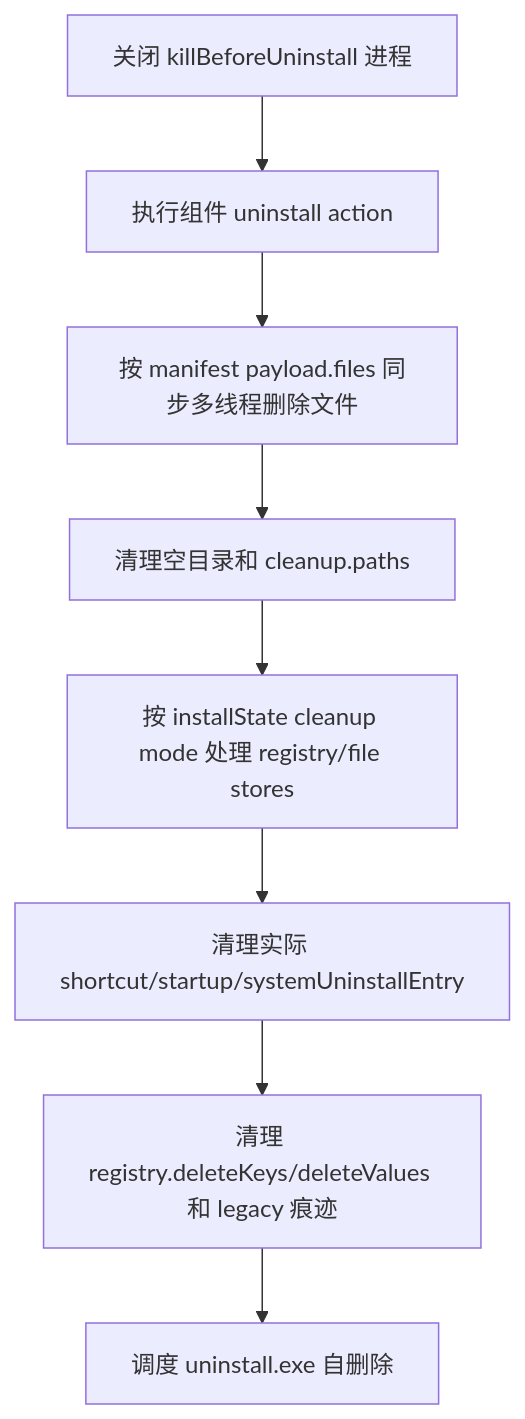
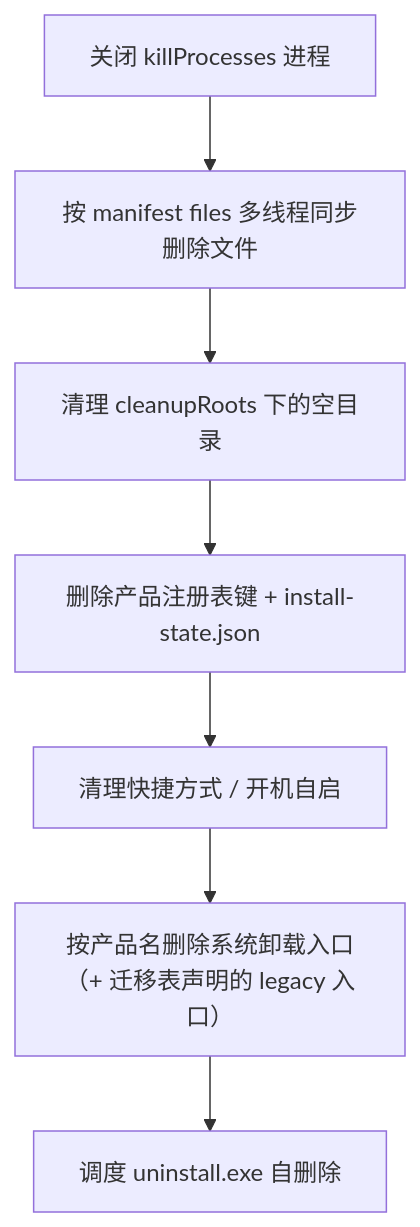
Before and after one commit to lu020218/Multi-Threaded_Installer: the eighth of 8 diagrams in docs/安装器流程图.md, drawn with Mermaid. The commit also changed other lines of this file and 78 other files, not shown here.

````diff
--- a/docs/安装器流程图.md
+++ b/docs/安装器流程图.md
@@ -101,10 +121,9 @@
 ```mermaid
 flowchart TD
-    A["关闭 killBeforeUninstall 进程"] --> B["执行组件 uninstall action"]
-    B --> C["按 manifest payload.files 同步多线程删除文件"]
-    C --> D["清理空目录和 cleanup.paths"]
-    D --> E["按 installState cleanup mode 处理 registry/file stores"]
-    E --> F["清理实际 shortcut/startup/systemUninstallEntry"]
-    F --> G["清理 registry.deleteKeys/deleteValues 和 legacy 痕迹"]
-    G --> H["调度 uninstall.exe 自删除"]
+    A["关闭 killProcesses 进程"] --> B["按 manifest files 多线程同步删除文件"]
+    B --> C["清理 cleanupRoots 下的空目录"]
+    C --> D["删除产品注册表键 + install-state.json"]
+    D --> E["清理快捷方式 / 开机自启"]
+    E --> F["按产品名删除系统卸载入口（+ 迁移表声明的 legacy 入口）"]
+    F --> G["调度 uninstall.exe 自删除"]
 ```
````
